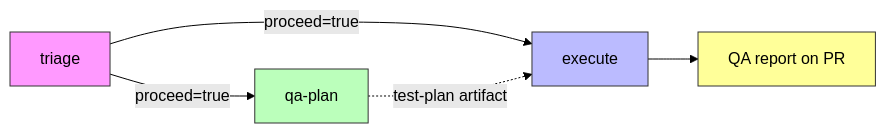
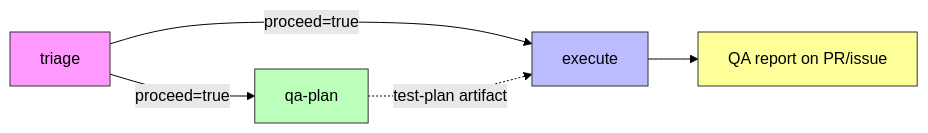
Before and after one commit to ktopolska/salesforce-ai-tools-qa-extension: the diagram in docs/qa-pipeline.md, drawn with Mermaid (forest theme). The commit also changed other lines of this file, not shown here.

````diff
--- a/docs/qa-pipeline.md
+++ b/docs/qa-pipeline.md
@@ -19,12 +20,12 @@
 ```mermaid
 graph LR
     T[triage] -->|proceed=true| E[execute]
     T -->|proceed=true| QP[qa-plan]
     QP -.->|test-plan artifact| E
-    E --> R[QA report on PR]
+    E --> R[QA report on PR/issue]
 
     style T fill:#f9f,stroke:#333
     style E fill:#bbf,stroke:#333
     style QP fill:#bfb,stroke:#333
     style R fill:#ff9,stroke:#333
 ```
````
